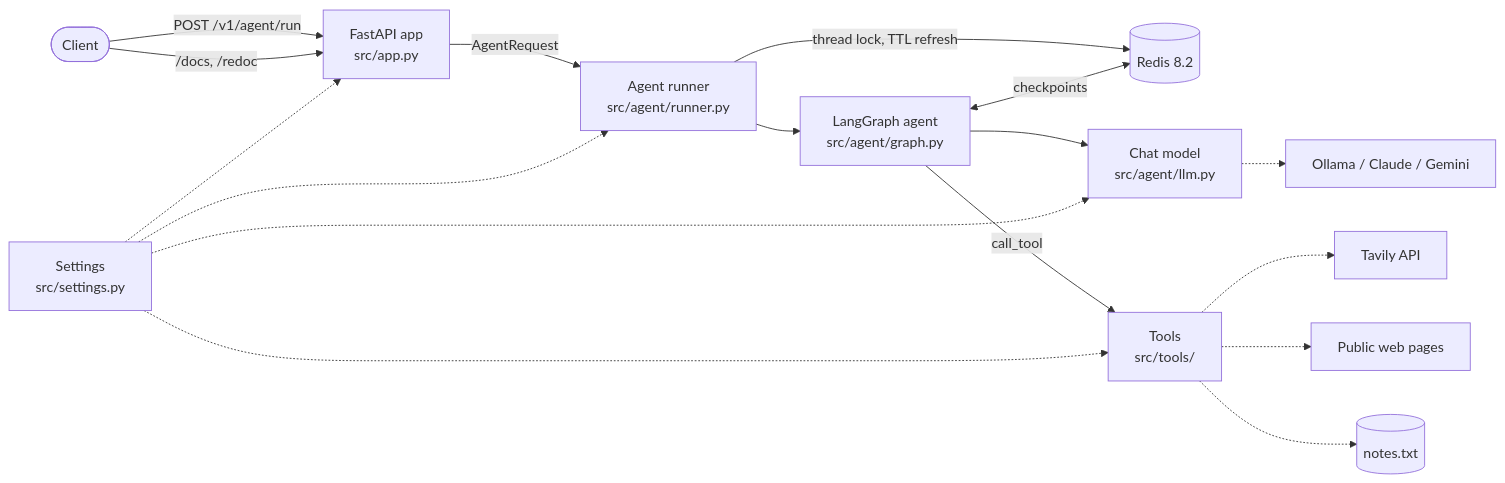
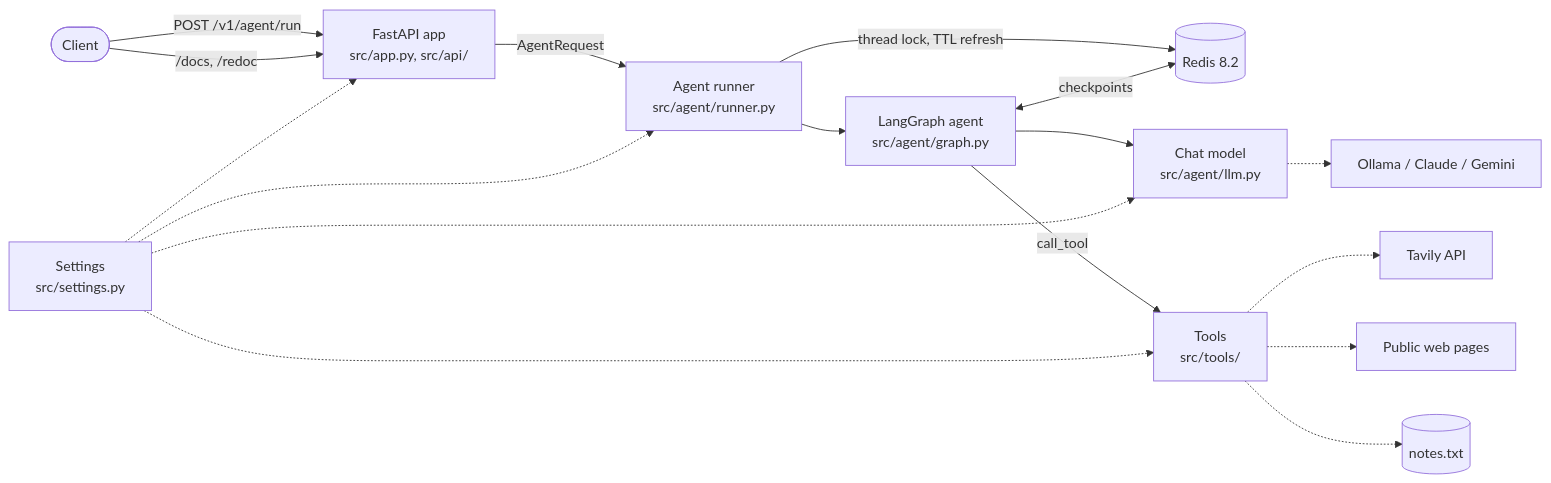
The first of 3 diagrams in docs/design/design.md (darrenpaine/harnessd), drawn with Mermaid before and after one commit. The commit also changed other lines of this file and 1 other file, not shown here.

Commit message:
Add an agent graph diagram to the design doc and README

````diff
--- a/docs/design/design.md
+++ b/docs/design/design.md
@@ -45,16 +45,16 @@
 ```mermaid
 flowchart LR
-    client([Client]) -->|POST /v1/agent/run| api[FastAPI app<br/>src/app.py]
+    client([Client]) -->|POST /v1/agent/run| api[FastAPI app<br/>src/app.py, src/api/]
     client -->|/docs, /redoc| api
     api -->|AgentRequest| runner[Agent runner<br/>src/agent/runner.py]
     runner -->|thread lock, TTL refresh| redis[(Redis 8.2)]
     runner --> graph_node[LangGraph agent<br/>src/agent/graph.py]
     graph_node <-->|checkpoints| redis
     graph_node --> llm[Chat model<br/>src/agent/llm.py]
     llm -.-> providers[Ollama / Claude / Gemini]
     graph_node -->|call_tool| tools[Tools<br/>src/tools/]
     tools -.-> tavily[Tavily API]
     tools -.-> web[Public web pages]
     tools -.-> notes[(notes.txt)]
     settings[Settings<br/>src/settings.py] -.-> api & runner & llm & tools
 ```
````
